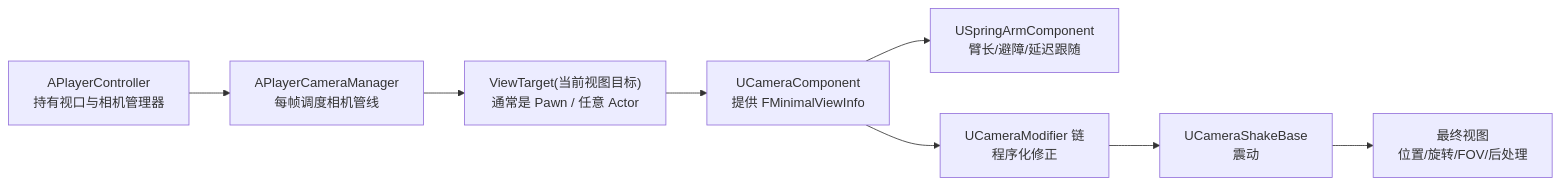
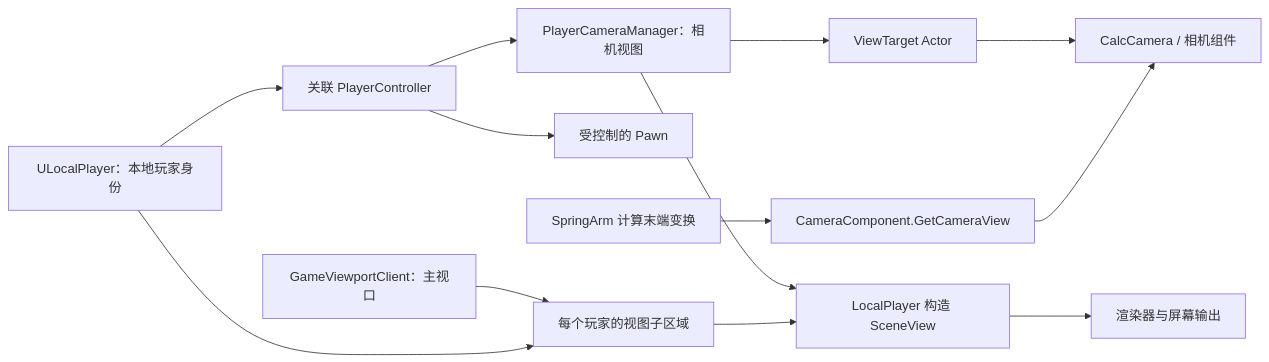
Before and after one commit to fantuan812/learning: the first of 9 diagrams in 知识/05-Gameplay与交互系统/输入移动与交互/07-相机系统与视口.md, drawn with Mermaid. The commit also changed other lines of this file and 1 other file, not shown here.

````diff
--- a/知识/05-Gameplay与交互系统/输入移动与交互/07-相机系统与视口.md
+++ b/知识/05-Gameplay与交互系统/输入移动与交互/07-相机系统与视口.md
@@ -29,14 +54,15 @@
 ```mermaid
 flowchart LR
-    VC["APlayerController<br/>持有视口与相机管理器"]
-    PCM["APlayerCameraManager<br/>每帧调度相机管线"]
-    VT["ViewTarget(当前视图目标)<br/>通常是 Pawn / 任意 Actor"]
-    CAM["UCameraComponent<br/>提供 FMinimalViewInfo"]
-    ARM["USpringArmComponent<br/>臂长/避障/延迟跟随"]
-    MOD["UCameraModifier 链<br/>程序化修正"]
-    SHAKE["UCameraShakeBase<br/>震动"]
-    FINAL["最终视图<br/>位置/旋转/FOV/后处理"]
-
-    VC --> PCM --> VT --> CAM --> ARM
-    CAM --> MOD --> SHAKE --> FINAL
+    LP["ULocalPlayer：本地玩家身份"] --> PC["关联 PlayerController"]
+    PC --> PCM["PlayerCameraManager：相机视图"]
+    PC --> PAWN["受控制的 Pawn"]
+    PCM --> VT["ViewTarget Actor"]
+    VT --> PROVIDER["CalcCamera / 相机组件"]
+    ARM["SpringArm 计算末端变换"] --> CAM["CameraComponent.GetCameraView"]
+    CAM --> PROVIDER
+    VC["GameViewportClient：主视口"] --> RECT["每个玩家的视图子区域"]
+    LP --> RECT
+    PCM --> VIEW["LocalPlayer 构造 SceneView"]
+    RECT --> VIEW
+    VIEW --> R["渲染器与屏幕输出"]
 ```
````
